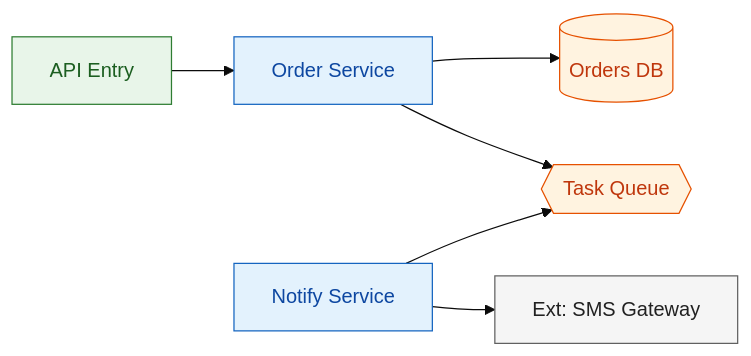
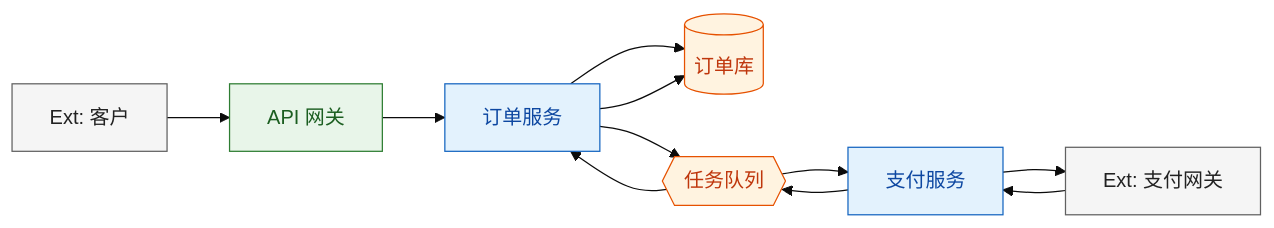
Before and after one commit to Vsoapmac/architecture-review-design-skills: the third of 7 diagrams in architecture-review-design/references/mermaid-spec.md, drawn with Mermaid (base theme). The commit also changed other lines of this file and 28 other files, not shown here.

Commit message:
✨ 视图体系改为五类必需视图（泳道图按需），产物支持双语与图形缩放，新增视图门禁

````diff
--- a/architecture-review-design/references/mermaid-spec.md
+++ b/architecture-review-design/references/mermaid-spec.md
@@ -68,21 +182,26 @@
 ```mermaid
 flowchart LR
-    direction LR
     classDef entry fill:#e8f5e9,stroke:#2e7d32,color:#1b5e20
     classDef service fill:#e3f2fd,stroke:#1565c0,color:#0d47a1
     classDef data fill:#fff3e0,stroke:#e65100,color:#bf360c
     classDef external fill:#f5f5f5,stroke:#616161,color:#212121
 
-    api[API Entry]:::entry
-    svc_order[Order Service]:::service
-    svc_notify[Notify Service]:::service
-    db_orders[(Orders DB)]:::data
-    queue_task{{Task Queue}}:::data
-    ext_sms[Ext: SMS Gateway]:::external
+    ext_client[Ext: 客户]:::external
+    gw[API 网关]:::entry
+    svc_order[订单服务]:::service
+    svc_pay[支付服务]:::service
+    db_orders[(订单库)]:::data
+    queue_task{{任务队列}}:::data
+    ext_pay[Ext: 支付网关]:::external
 
-    api --> svc_order
+    ext_client --> gw
+    gw --> svc_order
     svc_order --> db_orders
     svc_order --> queue_task
-    svc_notify --> queue_task
-    svc_notify --> ext_sms
+    queue_task --> svc_pay
+    svc_pay --> ext_pay
+    ext_pay --> svc_pay
+    svc_pay --> queue_task
+    queue_task --> svc_order
+    svc_order --> db_orders
 ```
````
